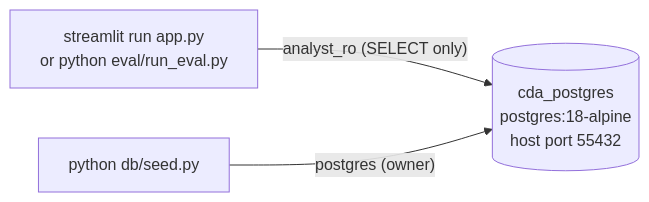
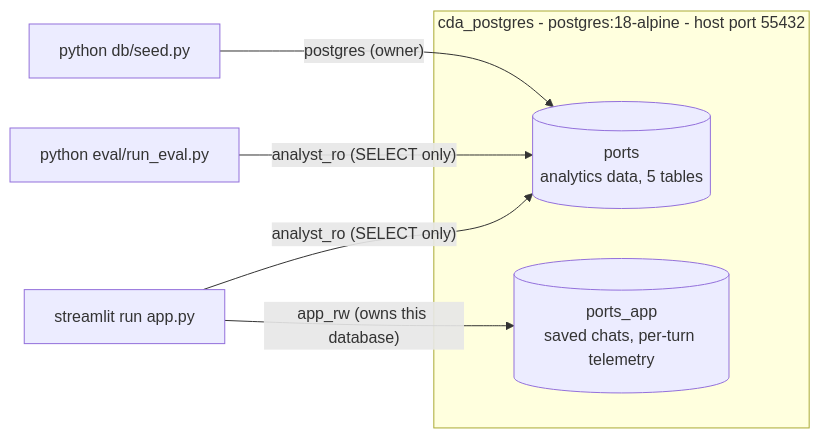
Before and after one commit to insafim/conversational-data-analyst: the second of 4 diagrams in docs/ARCHITECTURE.md, drawn with Mermaid. The commit also changed other lines of this file and 18 other files, not shown here.

````diff
--- a/docs/ARCHITECTURE.md
+++ b/docs/ARCHITECTURE.md
@@ -213,9 +245,16 @@
 ```mermaid
 flowchart LR
-    ST["streamlit run app.py<br/>or python eval/run_eval.py"]
+    UIP["streamlit run app.py"]
+    EV["python eval/run_eval.py"]
     SEED["python db/seed.py"]
-    PG[("cda_postgres<br/>postgres:18-alpine<br/>host port 55432")]
 
-    ST -- "analyst_ro (SELECT only)" --> PG
+    subgraph C["cda_postgres - postgres:18-alpine - host port 55432"]
+        PG[("ports<br/>analytics data, 5 tables")]
+        APP[("ports_app<br/>saved chats, per-turn telemetry")]
+    end
+
+    UIP -- "analyst_ro (SELECT only)" --> PG
+    EV -- "analyst_ro (SELECT only)" --> PG
+    UIP -- "app_rw (owns this database)" --> APP
     SEED -- "postgres (owner)" --> PG
 ```
````
